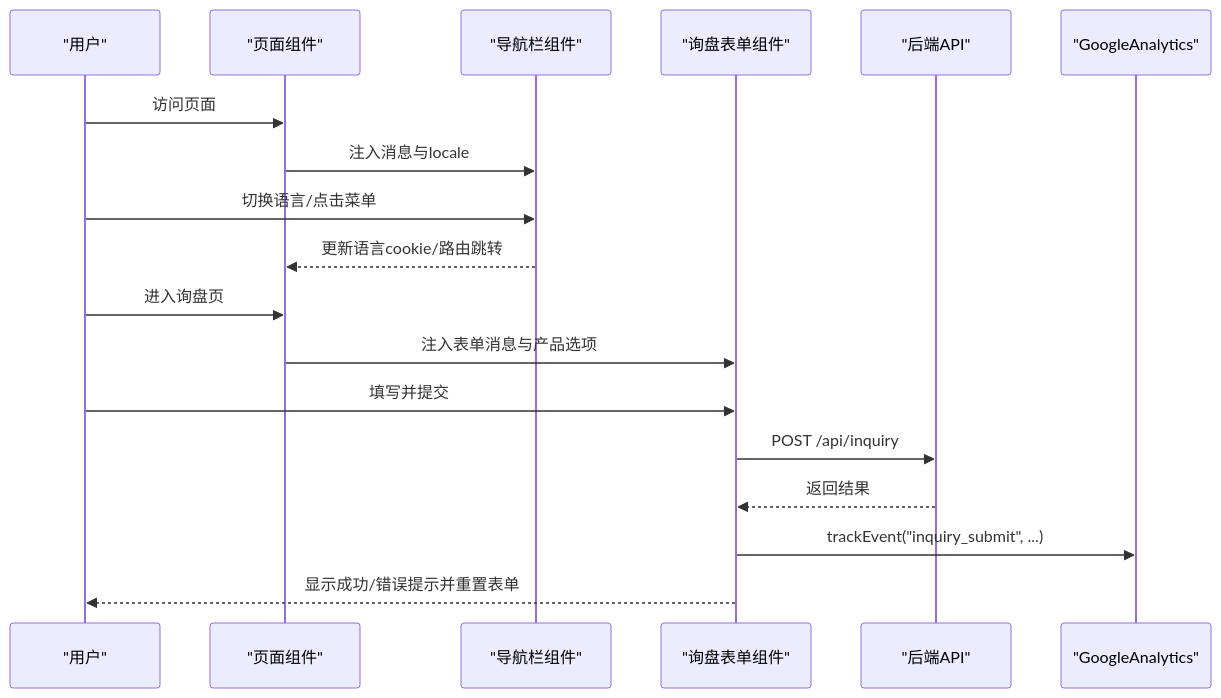
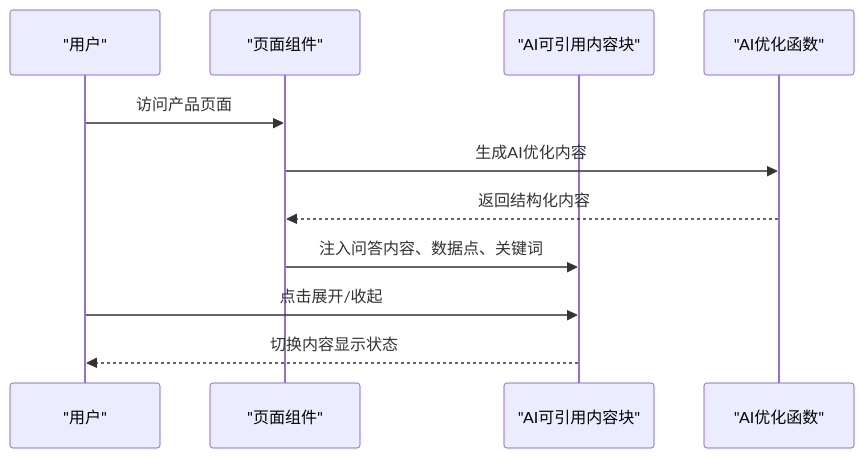
The second of 5 diagrams in .qoder/repowiki/zh/content/用户界面组件/用户界面组件.md (waltzhan/LEDTrade), drawn with Mermaid before and after one commit. The commit also changed other lines of this file and 20 other files, not shown here.

````diff
--- a/.qoder/repowiki/zh/content/用户界面组件/用户界面组件.md
+++ b/.qoder/repowiki/zh/content/用户界面组件/用户界面组件.md
@@ -128,20 +161,13 @@
 ```mermaid
 sequenceDiagram
 participant U as "用户"
 participant PF as "页面组件"
-participant NF as "导航栏组件"
-participant FF as "询盘表单组件"
-participant API as "后端API"
-participant GA as "GoogleAnalytics"
-U->>PF : 访问页面
-PF->>NF : 注入消息与locale
-U->>NF : 切换语言/点击菜单
-NF-->>PF : 更新语言cookie/路由跳转
-U->>PF : 进入询盘页
-PF->>FF : 注入表单消息与产品选项
-U->>FF : 填写并提交
-FF->>API : POST /api/inquiry
-API-->>FF : 返回结果
-FF->>GA : trackEvent("inquiry_submit", ...)
-FF-->>U : 显示成功/错误提示并重置表单
+participant ACB as "AI可引用内容块"
+participant AIC as "AI优化函数"
+U->>PF : 访问产品页面
+PF->>AIC : 生成AI优化内容
+AIC-->>PF : 返回结构化内容
+PF->>ACB : 注入问答内容、数据点、关键词
+U->>ACB : 点击展开/收起
+ACB-->>U : 切换内容显示状态
 ```
````
